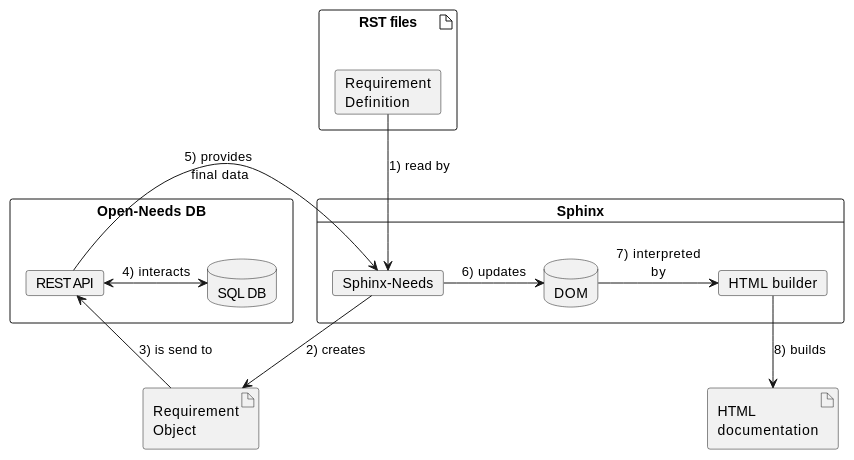
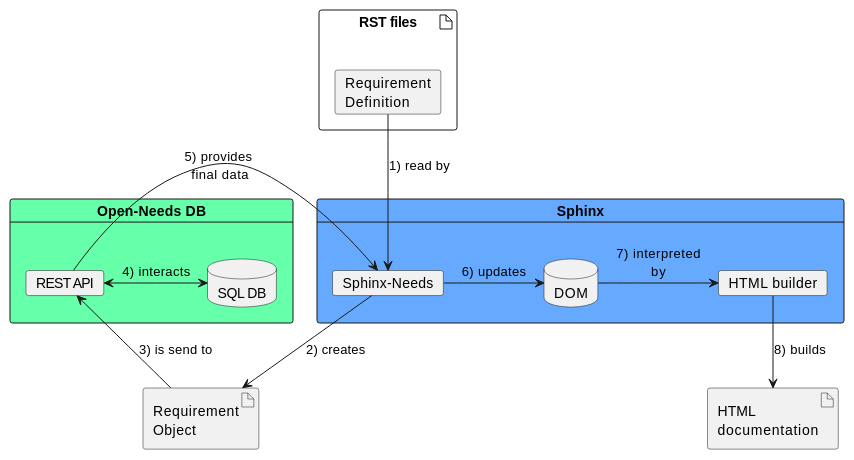
One commit to open-needs/open-needs.github.io changed the second of 3 diagrams in docs/index.rst. Above: the diagram before and after it, drawn with PlantUML. The commit also changed other lines of this file and 9 other files, not shown here.

```diff
--- a/docs/index.rst
+++ b/docs/index.rst
@@ -88,32 +148,32 @@
 .. uml::
    :scale: 99%
 
     @startuml
-    rectangle "Open-Needs DB" as db {
+    card "Open-Needs DB" as db #6fa{
 
         card "REST API" as rest
         database "SQL DB" as sql
     }
-    card Sphinx as s {
+    card Sphinx as s #6af {
         card "Sphinx-Needs" as sn
         database "DOM" as dom
         card "HTML builder" as builder
     }
 
     artifact "Requirement\nObject" as req_obj
 
     artifact "RST files" as rst {
         card "Requirement\nDefinition" as req_def
     }
 
     artifact "HTML\ndocumentation" as html
 
     req_def --> sn : 1) read by
     sn --> req_obj : 2) creates
     req_obj --> rest  : 3) is send to
     rest <-> sql : 4) interacts
     rest -> sn:  5) provides\n final data
     sn -> dom: 6) updates
     dom -> builder: 7) interpreted\nby
     builder --> html: 8) builds
     @enduml
```
